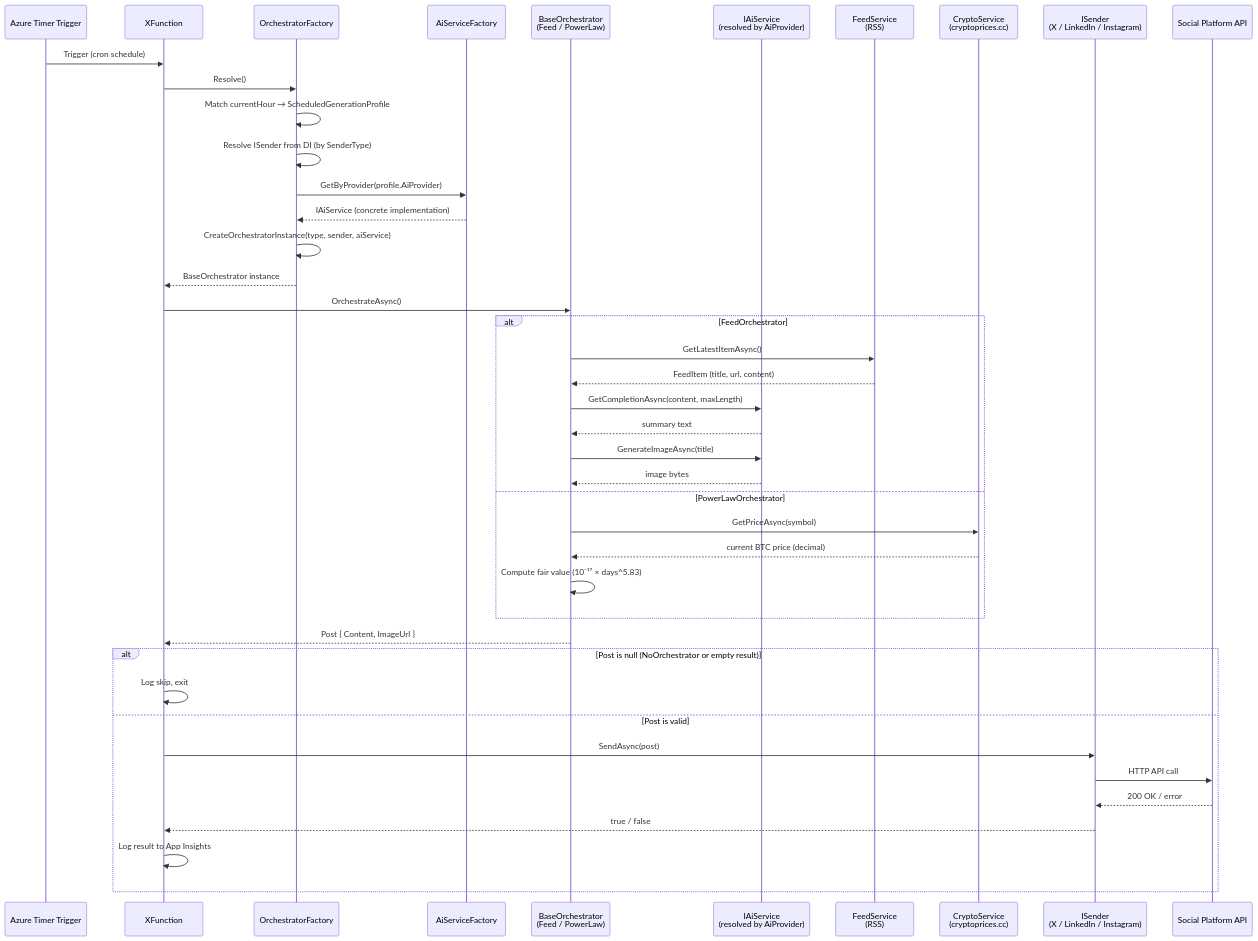
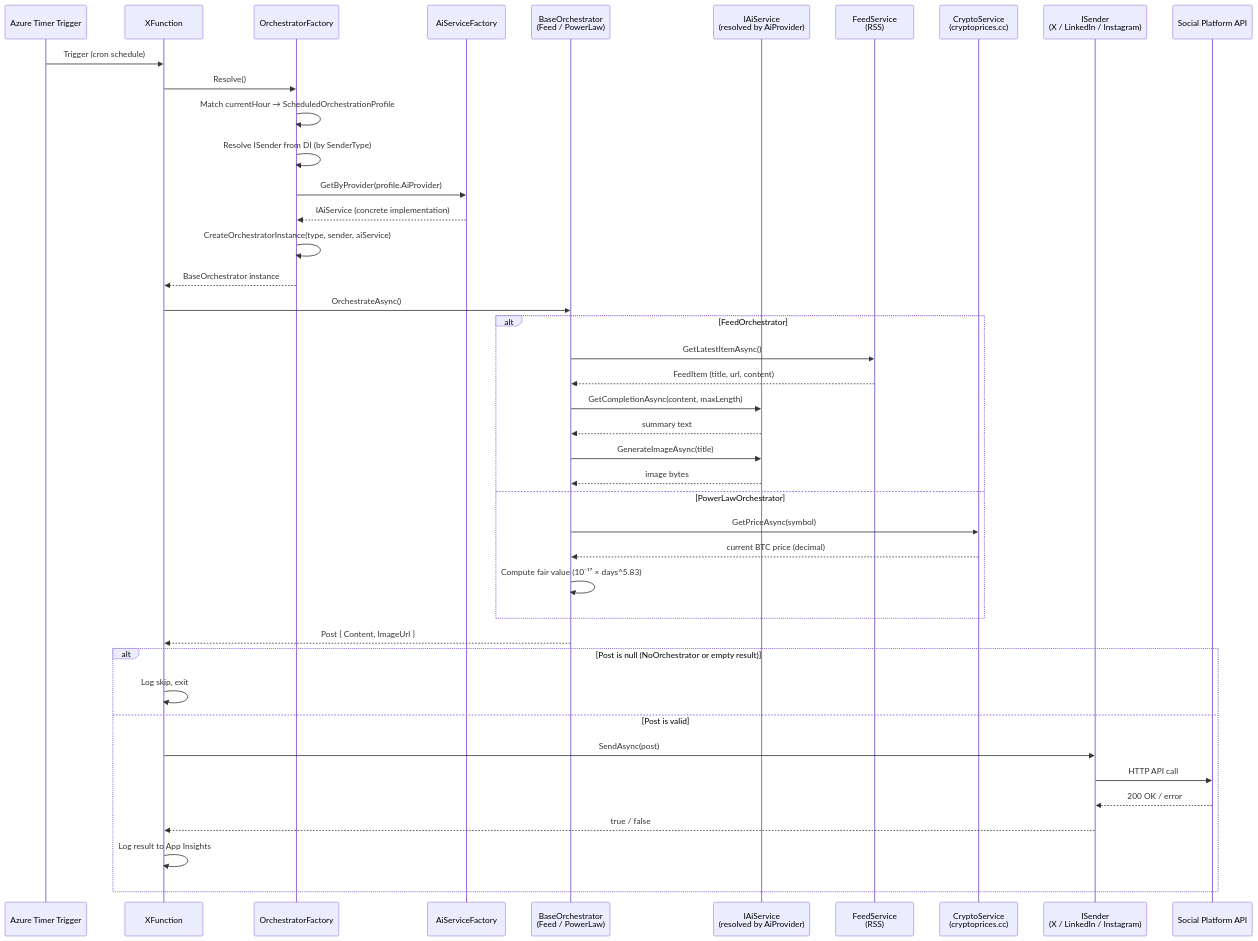
Before and after one commit to artcava/XPoster: the diagram in docs/architecture.md, drawn with Mermaid. The commit also changed other lines of this file and 2 other files, not shown here.

Commit message:
ScheduledOrchestrationProfile in docs

````diff
--- a/docs/architecture.md
+++ b/docs/architecture.md
@@ -195,49 +195,49 @@
 ```mermaid
 sequenceDiagram
     participant Timer as Azure Timer Trigger
     participant Fn as XFunction
     participant Factory as OrchestratorFactory
     participant AiFactory as AiServiceFactory
     participant Orch as BaseOrchestrator<br/>(Feed / PowerLaw)
     participant AI as IAiService<br/>(resolved by AiProvider)
     participant Feed as FeedService<br/>(RSS)
     participant Crypto as CryptoService<br/>(cryptoprices.cc)
     participant Sender as ISender<br/>(X / LinkedIn / Instagram)
     participant Platform as Social Platform API
 
     Timer->>Fn: Trigger (cron schedule)
     Fn->>Factory: Resolve()
-    Factory->>Factory: Match currentHour → ScheduledGenerationProfile
+    Factory->>Factory: Match currentHour → ScheduledOrchestrationProfile
     Factory->>Factory: Resolve ISender from DI (by SenderType)
     Factory->>AiFactory: GetByProvider(profile.AiProvider)
     AiFactory-->>Factory: IAiService (concrete implementation)
     Factory->>Factory: CreateOrchestratorInstance(type, sender, aiService)
     Factory-->>Fn: BaseOrchestrator instance
 
     Fn->>Orch: OrchestrateAsync()
 
     alt FeedOrchestrator
         Orch->>Feed: GetLatestItemAsync()
         Feed-->>Orch: FeedItem (title, url, content)
         Orch->>AI: GetCompletionAsync(content, maxLength)
         AI-->>Orch: summary text
         Orch->>AI: GenerateImageAsync(title)
         AI-->>Orch: image bytes
     else PowerLawOrchestrator
         Orch->>Crypto: GetPriceAsync(symbol)
         Crypto-->>Orch: current BTC price (decimal)
         Orch->>Orch: Compute fair value (10⁻¹⁷ × days^5.83)
     end
 
     Orch-->>Fn: Post { Content, ImageUrl }
 
     alt Post is null (NoOrchestrator or empty result)
         Fn->>Fn: Log skip, exit
     else Post is valid
         Fn->>Sender: SendAsync(post)
         Sender->>Platform: HTTP API call
         Platform-->>Sender: 200 OK / error
         Sender-->>Fn: true / false
         Fn->>Fn: Log result to App Insights
     end
 ```
````
